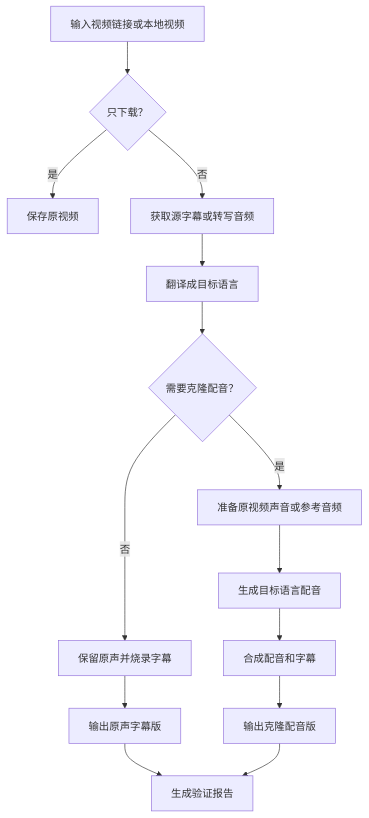
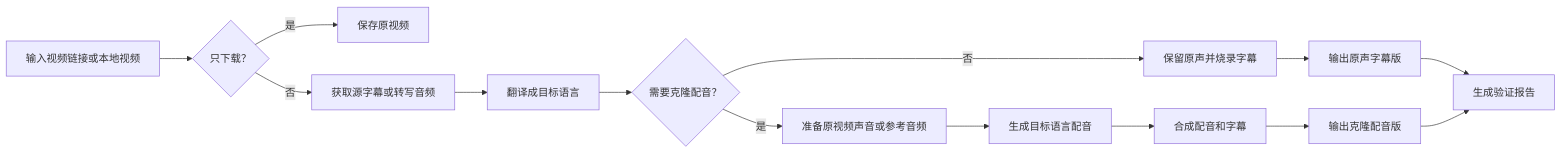
Before and after one commit to GeoLibra/video-dubber: the diagram in README.md, drawn with Mermaid. The commit also changed 1 other file, not shown here.

Commit message:
fix: modify Workflow

````diff
--- a/README.md
+++ b/README.md
@@ -33,16 +33,16 @@
 ```mermaid
-flowchart TD
+flowchart LR
     A["输入视频链接或本地视频"] --> B{"只下载？"}
     B -->|是| C["保存原视频"]
     B -->|否| D["获取源字幕或转写音频"]
     D --> E["翻译成目标语言"]
     E --> F{"需要克隆配音？"}
     F -->|否| G["保留原声并烧录字幕"]
     F -->|是| H["准备原视频声音或参考音频"]
     H --> I["生成目标语言配音"]
     I --> J["合成配音和字幕"]
     G --> K["输出原声字幕版"]
     J --> L["输出克隆配音版"]
     K --> M["生成验证报告"]
     L --> M
 ```
````
